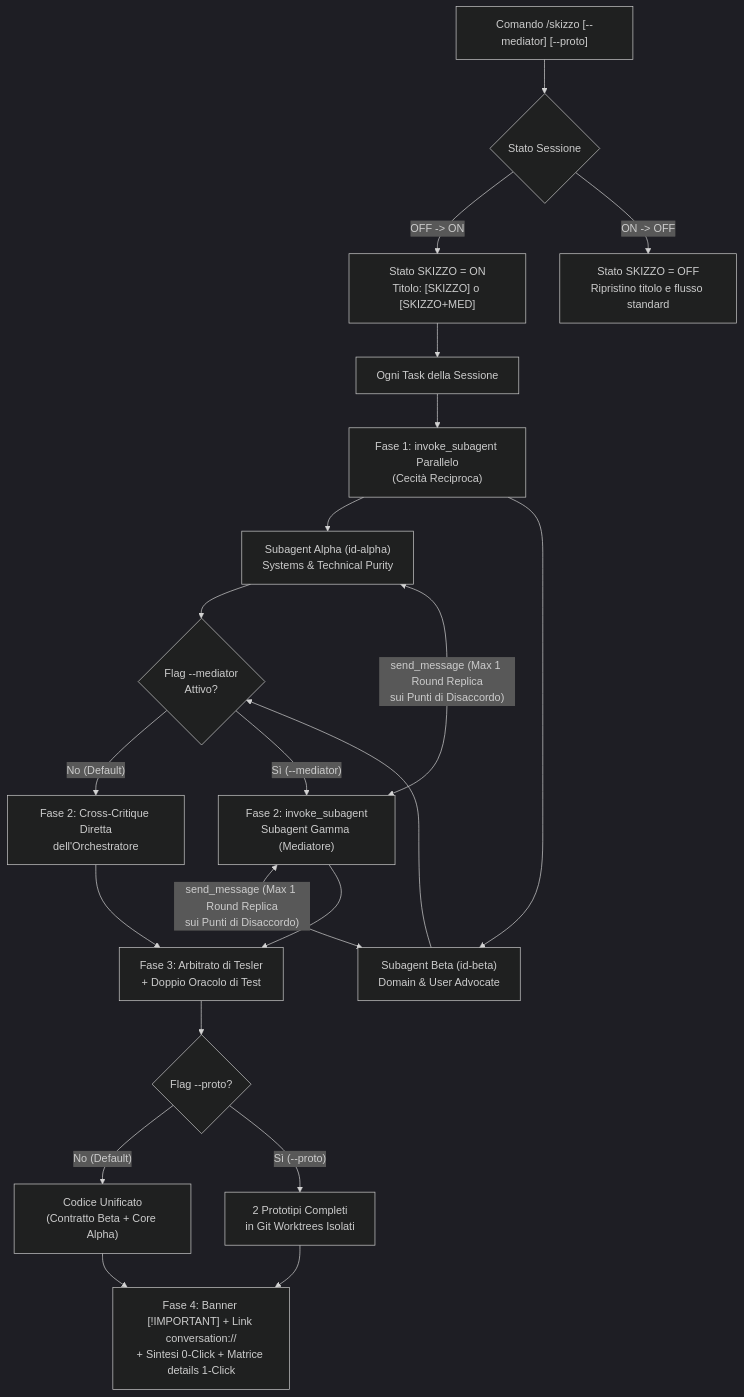
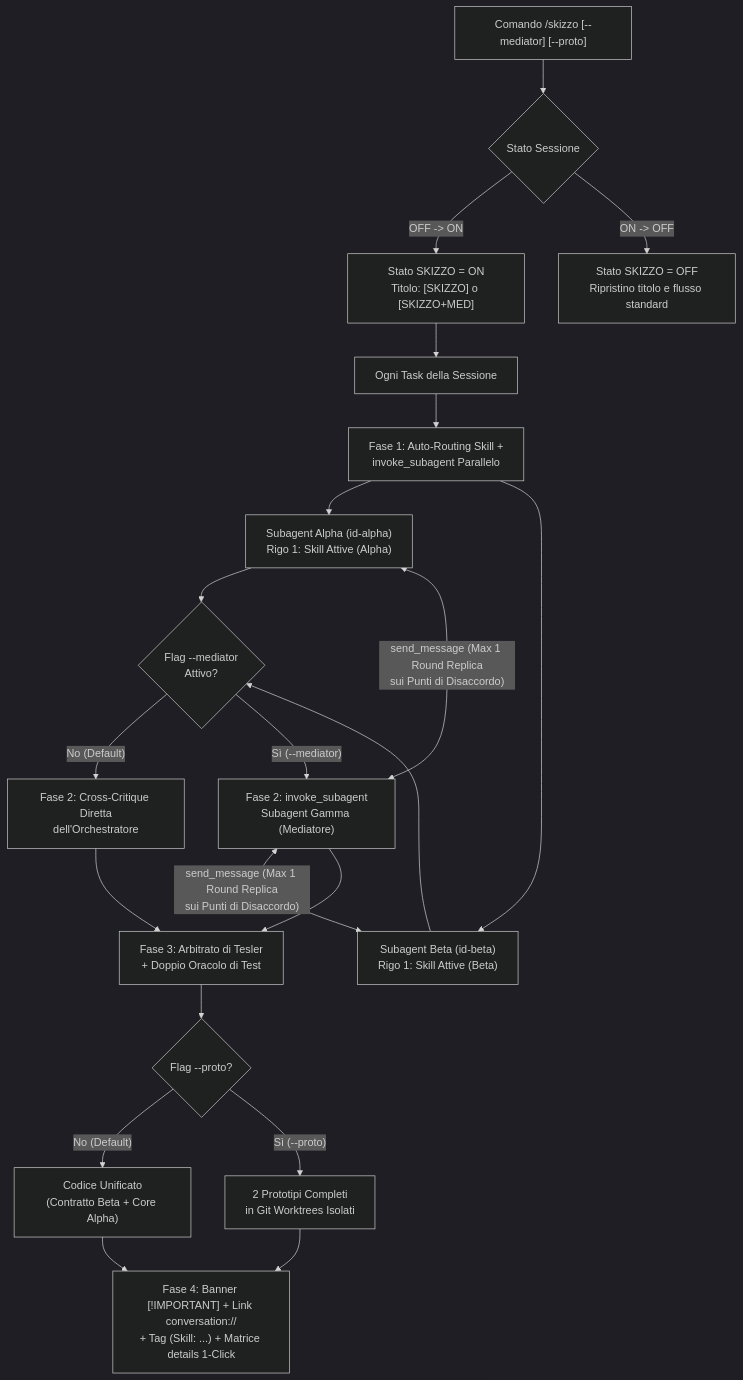
One commit to alessandroame/antigravity-plugins changed the diagram in plugins/skizzo/README.md. Above: the diagram before and after it, drawn with Mermaid (dark theme). The commit also changed other lines of this file and 8 other files, not shown here.

Commit message:
feat(skizzo): add automatic skill routing and synthetic startup declaration (v1.2.0)

````diff
--- a/plugins/skizzo/README.md
+++ b/plugins/skizzo/README.md
@@ -34,23 +34,23 @@
 ```mermaid
 flowchart TD
     CMD["Comando /skizzo [--mediator] [--proto]"] --> TOGGLE{"Stato Sessione"}
     TOGGLE -- "OFF -> ON" --> ON["Stato SKIZZO = ON<br/>Titolo: [SKIZZO] o [SKIZZO+MED]"]
     TOGGLE -- "ON -> OFF" --> OFF["Stato SKIZZO = OFF<br/>Ripristino titolo e flusso standard"]
     ON --> TASK["Ogni Task della Sessione"]
-    TASK --> F1["Fase 1: invoke_subagent Parallelo<br/>(Cecità Reciproca)"]
-    F1 --> ALPHA["Subagent Alpha (id-alpha)<br/>Systems & Technical Purity"]
-    F1 --> BETA["Subagent Beta (id-beta)<br/>Domain & User Advocate"]
+    TASK --> F1["Fase 1: Auto-Routing Skill +<br/>invoke_subagent Parallelo"]
+    F1 --> ALPHA["Subagent Alpha (id-alpha)<br/>Rigo 1: Skill Attive (Alpha)"]
+    F1 --> BETA["Subagent Beta (id-beta)<br/>Rigo 1: Skill Attive (Beta)"]
     ALPHA --> MED{"Flag --mediator<br/>Attivo?"}
     BETA --> MED
     MED -- "No (Default)" --> F2A["Fase 2: Cross-Critique Diretta<br/>dell'Orchestratore"]
     MED -- "Sì (--mediator)" --> GAMMA["Fase 2: invoke_subagent<br/>Subagent Gamma (Mediatore)"]
     GAMMA <-->|"send_message (Max 1 Round Replica<br/>sui Punti di Disaccordo)"| ALPHA
     GAMMA <-->|"send_message (Max 1 Round Replica<br/>sui Punti di Disaccordo)"| BETA
     F2A --> F3["Fase 3: Arbitrato di Tesler<br/>+ Doppio Oracolo di Test"]
     GAMMA --> F3
     F3 --> PROTO{"Flag --proto?"}
     PROTO -- "No (Default)" --> UNIFIED["Codice Unificato<br/>(Contratto Beta + Core Alpha)"]
     PROTO -- "Sì (--proto)" --> WORKTREE["2 Prototipi Completi<br/>in Git Worktrees Isolati"]
-    UNIFIED --> F4["Fase 4: Banner [!IMPORTANT] + Link conversation://<br/>+ Sintesi 0-Click + Matrice details 1-Click"]
+    UNIFIED --> F4["Fase 4: Banner [!IMPORTANT] + Link conversation://<br/>+ Tag (Skill: ...) + Matrice details 1-Click"]
     WORKTREE --> F4
 ```
````
